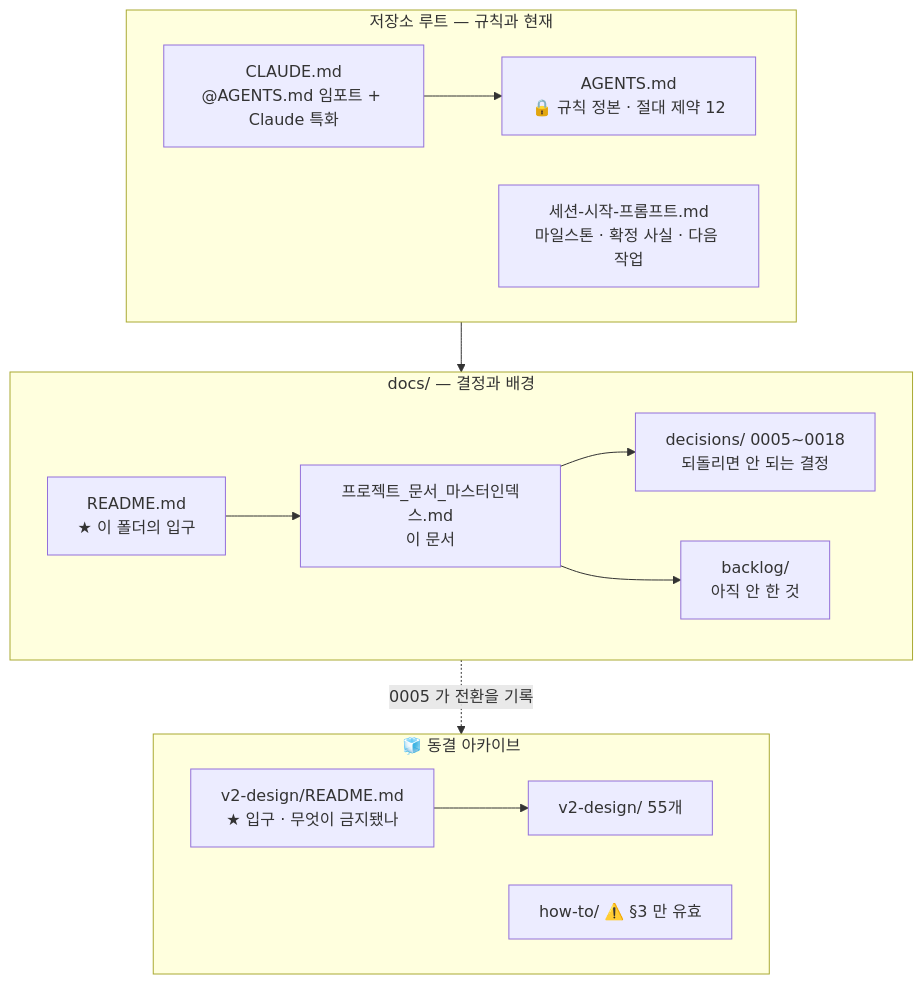
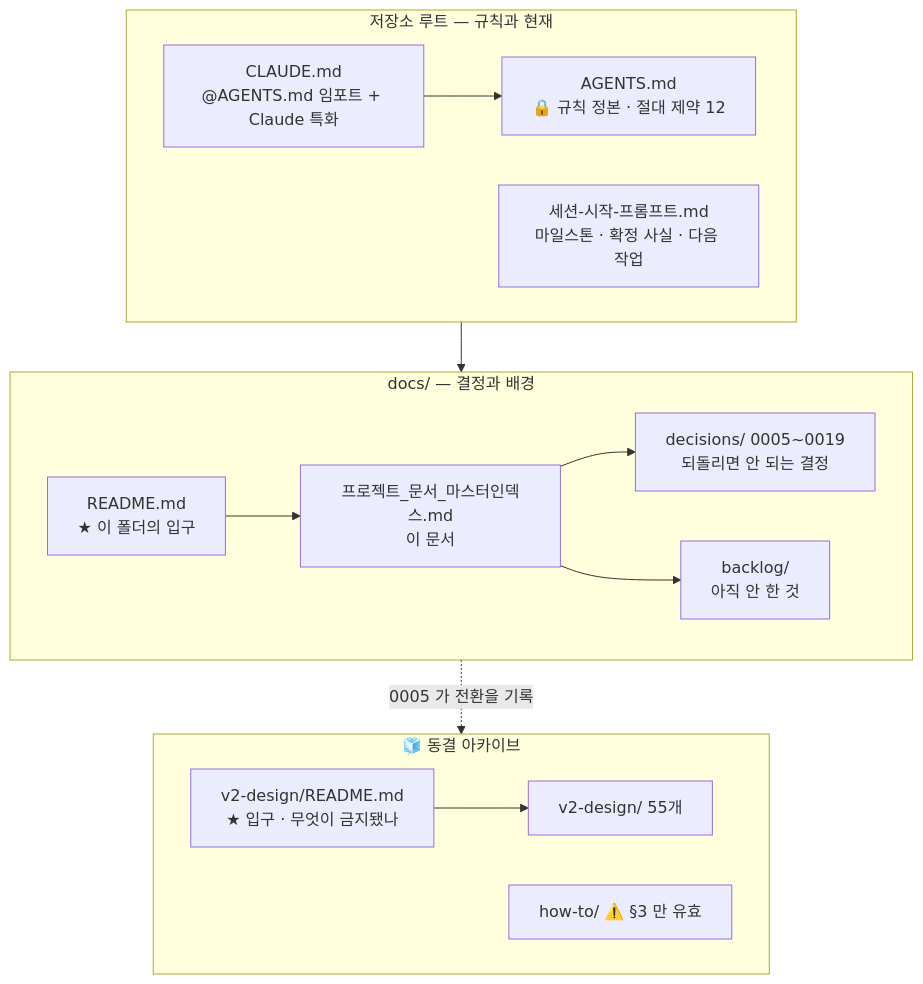
Before and after one commit to EST-Bootcamp-Dongwon/stock-coin-trade: the first of 2 diagrams in docs/프로젝트_문서_마스터인덱스.md, drawn with Mermaid. The commit also changed other lines of this file and 8 other files, not shown here.

````diff
--- a/docs/프로젝트_문서_마스터인덱스.md
+++ b/docs/프로젝트_문서_마스터인덱스.md
@@ -61,25 +61,25 @@
 ```mermaid
 flowchart TB
   subgraph ROOT["저장소 루트 — 규칙과 현재"]
     AG["AGENTS.md<br/>🔒 규칙 정본 · 절대 제약 12"]
     CL["CLAUDE.md<br/>@AGENTS.md 임포트 + Claude 특화"]
     SP["세션-시작-프롬프트.md<br/>마일스톤 · 확정 사실 · 다음 작업"]
     CL --> AG
   end
   subgraph DOCS["docs/ — 결정과 배경"]
     RM["README.md<br/>★ 이 폴더의 입구"]
     MI["프로젝트_문서_마스터인덱스.md<br/>이 문서"]
-    DE["decisions/ 0005~0018<br/>되돌리면 안 되는 결정"]
+    DE["decisions/ 0005~0019<br/>되돌리면 안 되는 결정"]
     BL["backlog/<br/>아직 안 한 것"]
     RM --> MI --> DE
     MI --> BL
   end
   subgraph FROZEN["🧊 동결 아카이브"]
     V2R["v2-design/README.md<br/>★ 입구 · 무엇이 금지됐나"]
     V2["v2-design/ 55개"]
     HT["how-to/ ⚠️ §3 만 유효"]
     V2R --> V2
   end
   ROOT --> DOCS
   DOCS -. "0005 가 전환을 기록" .-> FROZEN
 ```
````
